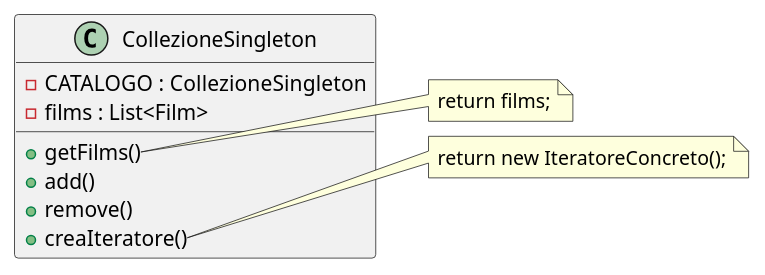
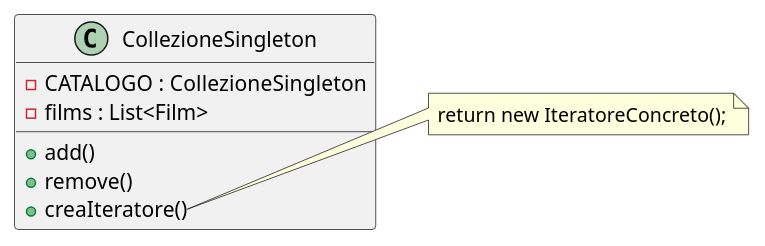
One commit to hamzakhoudmi/Progetto-Ingegneria-Software changed the diagram in src/uml diagrams/singleton class diagram.puml. Above: the diagram before and after it, drawn with PlantUML. The commit also changed 4 other files, not shown here.

```diff
--- a/src/uml diagrams/singleton class diagram.puml
+++ b/src/uml diagrams/singleton class diagram.puml
@@ -1,20 +1,15 @@
 @startuml
 
 class CollezioneSingleton {
     -CATALOGO : CollezioneSingleton
     -films : List<Film>
-    +getFilms()
     +add()
     +remove()
     +creaIteratore()
 }
-
-note right of CollezioneSingleton::getFilms
-    return films;
-   end note
 
 note right of CollezioneSingleton::creaIteratore
     return new IteratoreConcreto();
    end note
 
 @enduml
```
